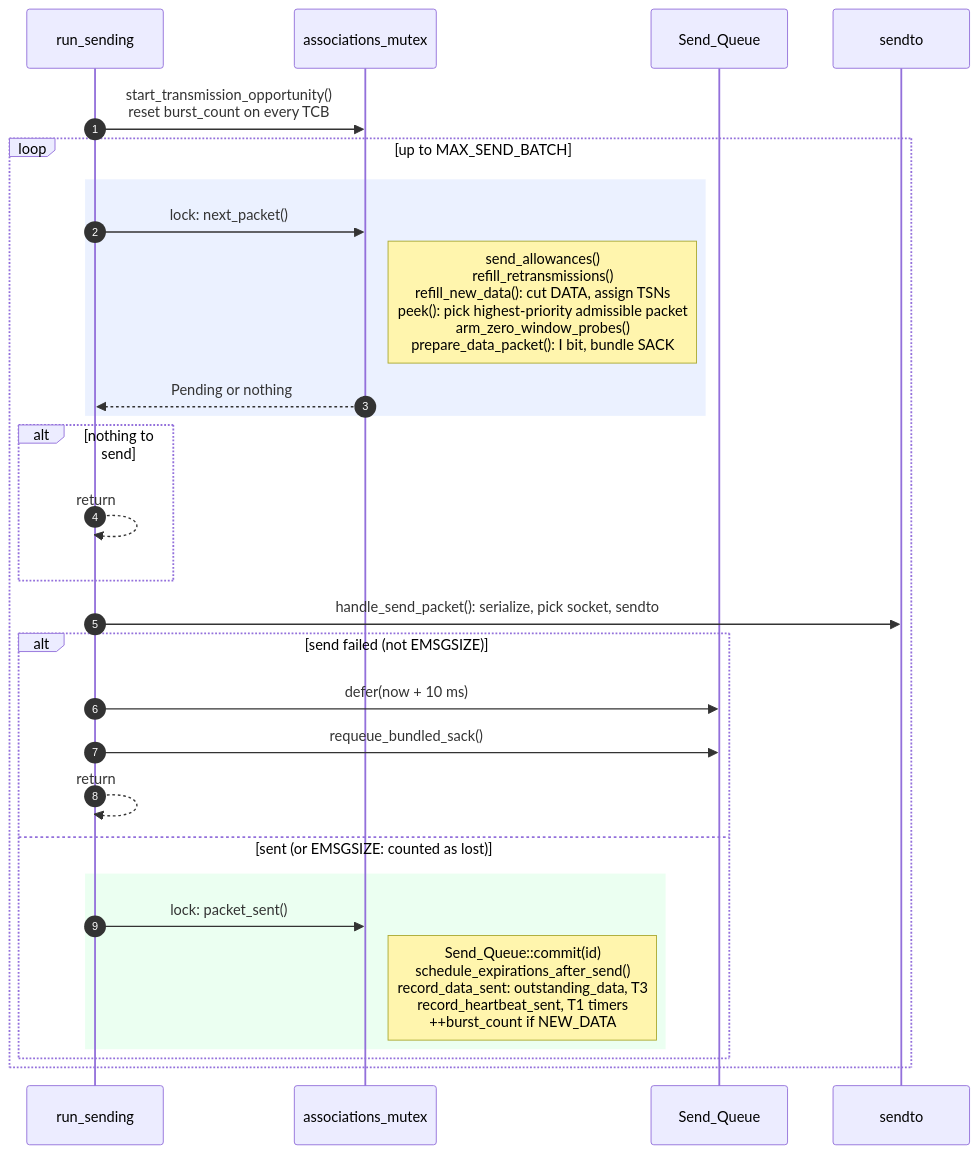
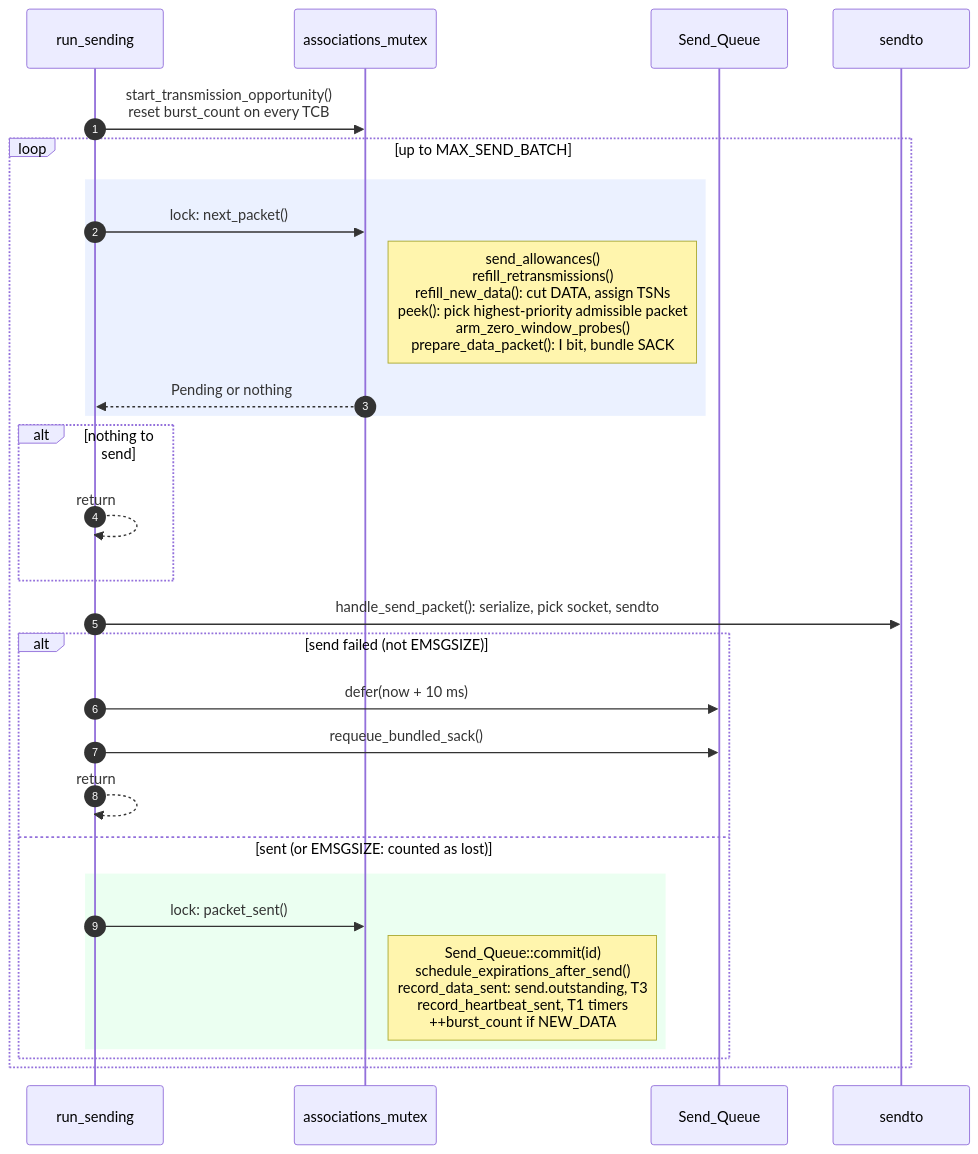
The sixth of 9 diagrams in docs/devs/02-concurrency.md (ethanallenfernandez/sctp-stack), drawn with Mermaid before and after one commit. The commit also changed other lines of this file and 38 other files, not shown here.

````diff
--- a/docs/devs/02-concurrency.md
+++ b/docs/devs/02-concurrency.md
@@ -193,31 +193,31 @@
 ```mermaid
 sequenceDiagram
     autonumber
     participant L as run_sending
     participant M as associations_mutex
     participant Q as Send_Queue
     participant OS as sendto
 
     L->>M: start_transmission_opportunity()<br/>reset burst_count on every TCB
     loop up to MAX_SEND_BATCH
         rect rgba(120,160,255,0.15)
         L->>M: lock: next_packet()
         Note right of M: send_allowances()<br/>refill_retransmissions()<br/>refill_new_data(): cut DATA, assign TSNs<br/>peek(): pick highest-priority admissible packet<br/>arm_zero_window_probes()<br/>prepare_data_packet(): I bit, bundle SACK
         M-->>L: Pending or nothing
         end
         alt nothing to send
             L-->>L: return
         end
         L->>OS: handle_send_packet(): serialize, pick socket, sendto
         alt send failed (not EMSGSIZE)
             L->>Q: defer(now + 10 ms)
             L->>Q: requeue_bundled_sack()
             L-->>L: return
         else sent (or EMSGSIZE: counted as lost)
             rect rgba(120,255,160,0.15)
             L->>M: lock: packet_sent()
-            Note right of M: Send_Queue::commit(id)<br/>schedule_expirations_after_send()<br/>record_data_sent: outstanding_data, T3<br/>record_heartbeat_sent, T1 timers<br/>++burst_count if NEW_DATA
+            Note right of M: Send_Queue::commit(id)<br/>schedule_expirations_after_send()<br/>record_data_sent: send.outstanding, T3<br/>record_heartbeat_sent, T1 timers<br/>++burst_count if NEW_DATA
             end
         end
     end
 ```
````
